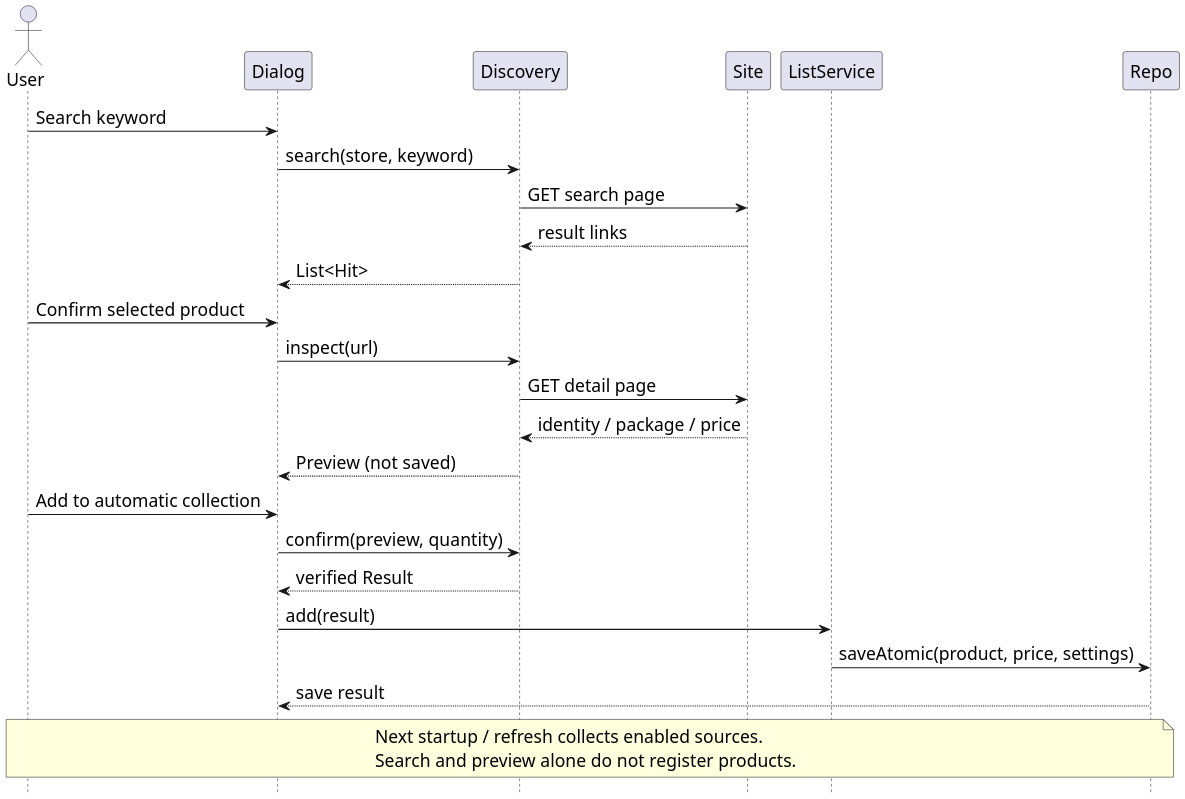
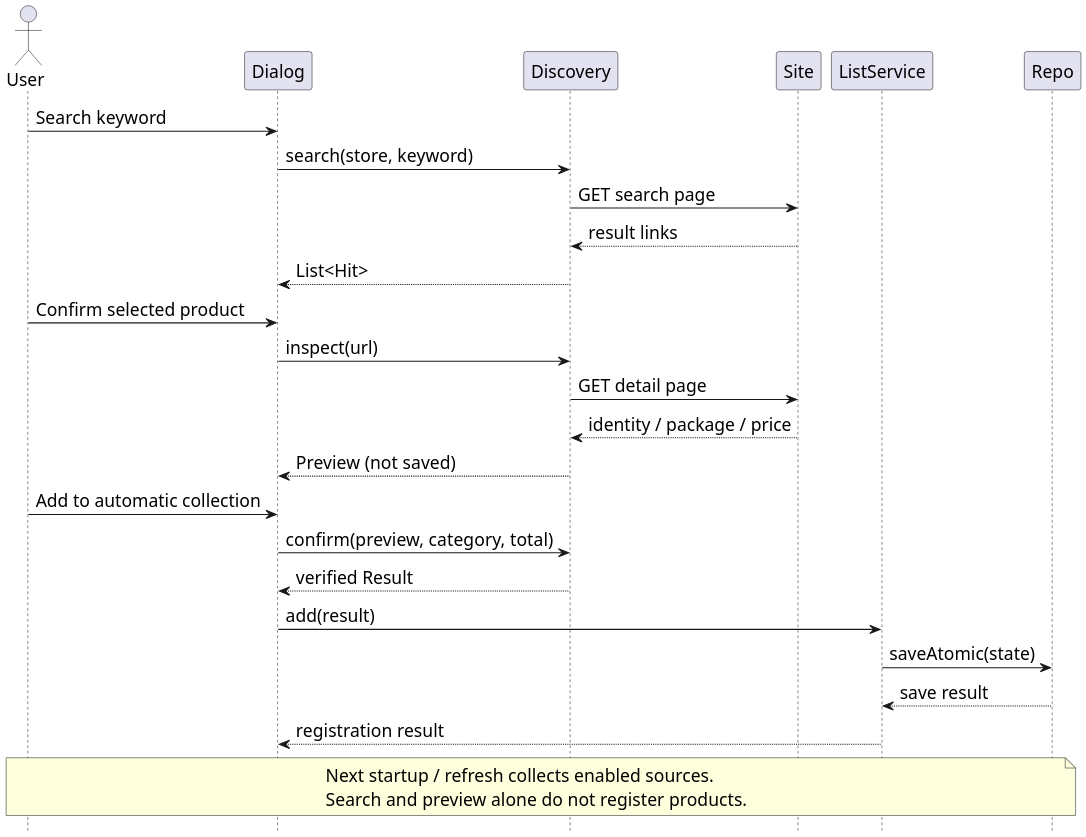
Before and after one commit to hyeonsu-test/smart-grocery-ledger: the diagram in doc/sequence-discovery.puml, drawn with PlantUML. The commit also changed 2 other files, not shown here.

Commit message:
Clarify registration sequence return path

```diff
--- a/doc/sequence-discovery.puml
+++ b/doc/sequence-discovery.puml
@@ -1,33 +1,34 @@
 @startuml
 skinparam dpi 180
 skinparam defaultFontName Arial
 skinparam defaultFontSize 17
 skinparam shadowing false
 hide footbox
 actor User
 participant Dialog
 participant Discovery
 participant Site
 participant ListService
 participant Repo
 User -> Dialog : Search keyword
 Dialog -> Discovery : search(store, keyword)
 Discovery -> Site : GET search page
 Site --> Discovery : result links
 Discovery --> Dialog : List<Hit>
 User -> Dialog : Confirm selected product
 Dialog -> Discovery : inspect(url)
 Discovery -> Site : GET detail page
 Site --> Discovery : identity / package / price
 Discovery --> Dialog : Preview (not saved)
 User -> Dialog : Add to automatic collection
-Dialog -> Discovery : confirm(preview, quantity)
+Dialog -> Discovery : confirm(preview, category, total)
 Discovery --> Dialog : verified Result
 Dialog -> ListService : add(result)
-ListService -> Repo : saveAtomic(product, price, settings)
-Repo --> Dialog : save result
+ListService -> Repo : saveAtomic(state)
+Repo --> ListService : save result
+ListService --> Dialog : registration result
 note over User,Repo
 Next startup / refresh collects enabled sources.
 Search and preview alone do not register products.
 end note
 @enduml
```
